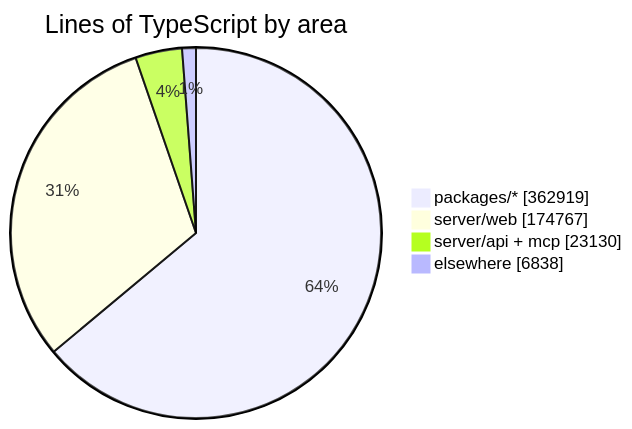
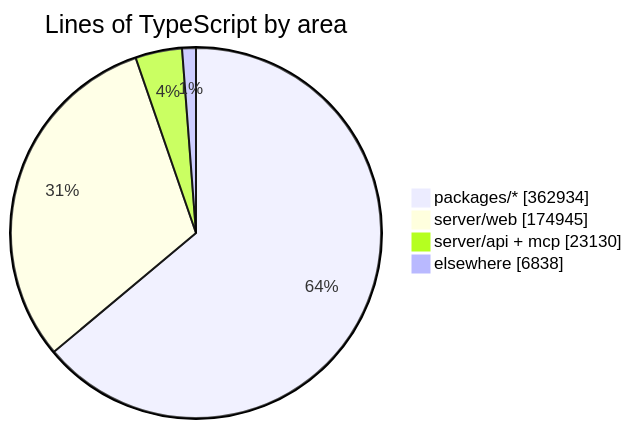
Before and after one commit to crossworks-engineering/mantle: the diagram in README.md, drawn with Mermaid. The commit also changed other lines of this file and 2 other files, not shown here.

````diff
--- a/README.md
+++ b/README.md
@@ -294,7 +294,7 @@
 ```mermaid
 pie showData title Lines of TypeScript by area
-    "packages/*" : 362919
-    "server/web" : 174767
+    "packages/*" : 362934
+    "server/web" : 174945
     "server/api + mcp" : 23130
     "elsewhere" : 6838
 ```
````
